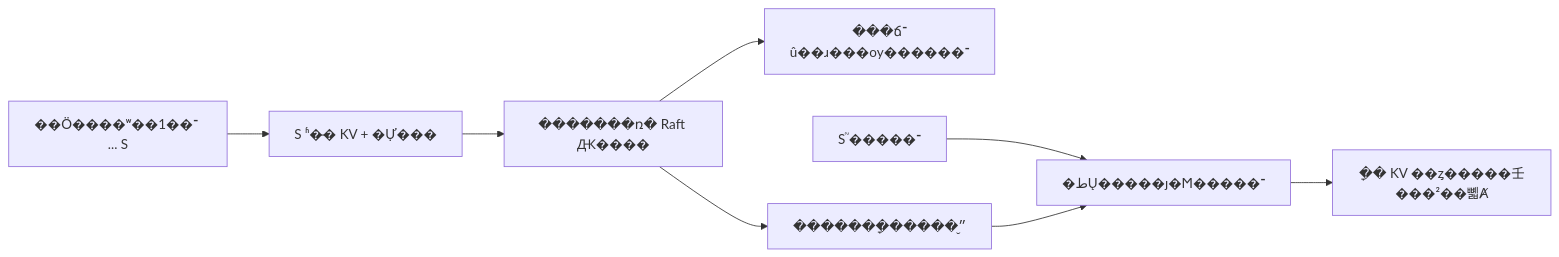
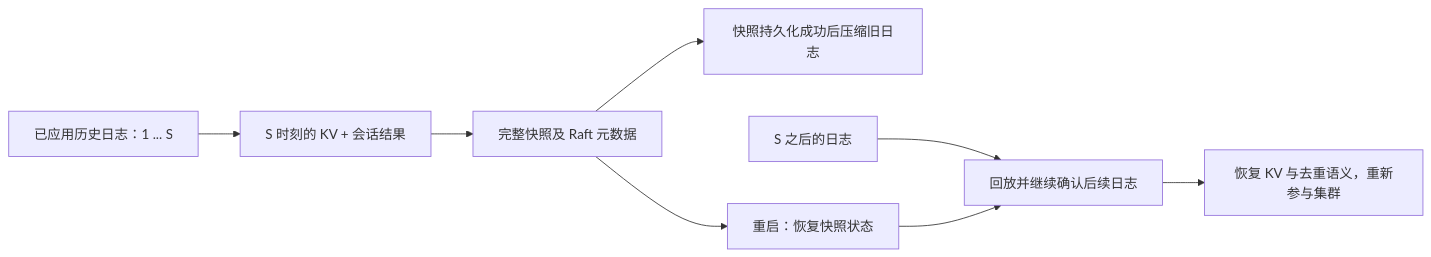
Before and after one commit to KNAIOS/RaftGo: the ninth of 10 diagrams in README.md, drawn with Mermaid. The commit also changed other lines of this file, not shown here.

Commit message:
Document current Gin gRPC architecture, setup and final verification results

````diff
--- a/README.md
+++ b/README.md
@@ -280,10 +278,10 @@
 ```mermaid
 flowchart LR
-    History["��Ӧ����ʷ��־��1 ... S"] --> State["S ʱ�̵� KV + �Ự���"]
-    State --> Snapshot["�������ռ� Raft Ԫ����"]
-    Snapshot --> Compact["���ճ־û��ɹ���ѹ������־"]
-    Snapshot --> Restore["�������ָ�����״̬"]
-    Tail["S ֮�����־"] --> Replay["�طŲ�����ȷ�Ϻ�����־"]
+    History["已应用历史日志：1 ... S"] --> State["S 时刻的 KV + 会话结果"]
+    State --> Snapshot["完整快照及 Raft 元数据"]
+    Snapshot --> Compact["快照持久化成功后压缩旧日志"]
+    Snapshot --> Restore["重启：恢复快照状态"]
+    Tail["S 之后的日志"] --> Replay["回放并继续确认后续日志"]
     Restore --> Replay
-    Replay --> Ready["�ָ� KV ��ȥ�����壬���²��뼯Ⱥ"]
+    Replay --> Ready["恢复 KV 与去重语义，重新参与集群"]
 ```
````
